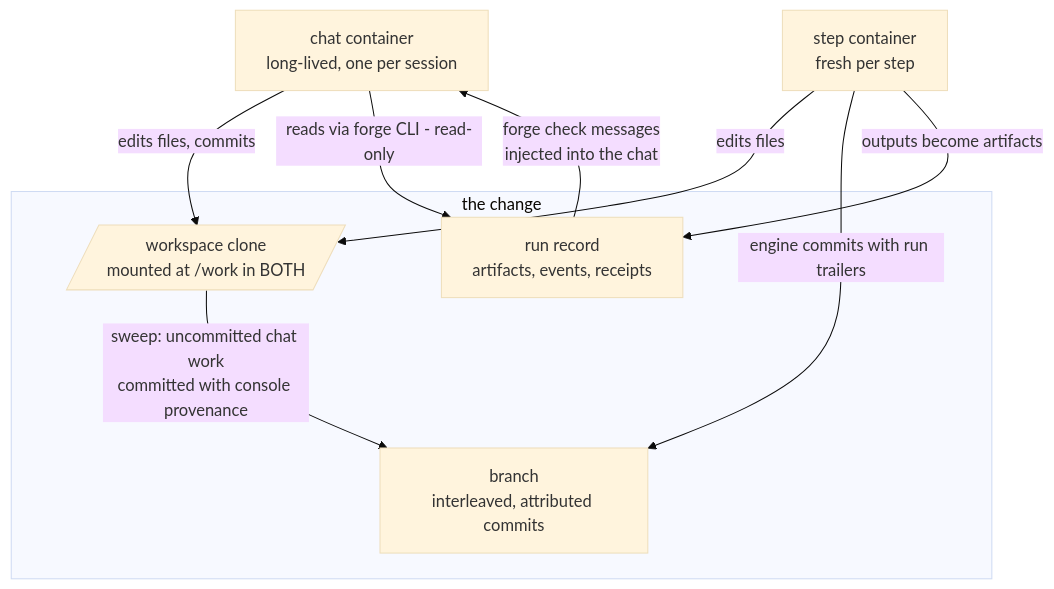
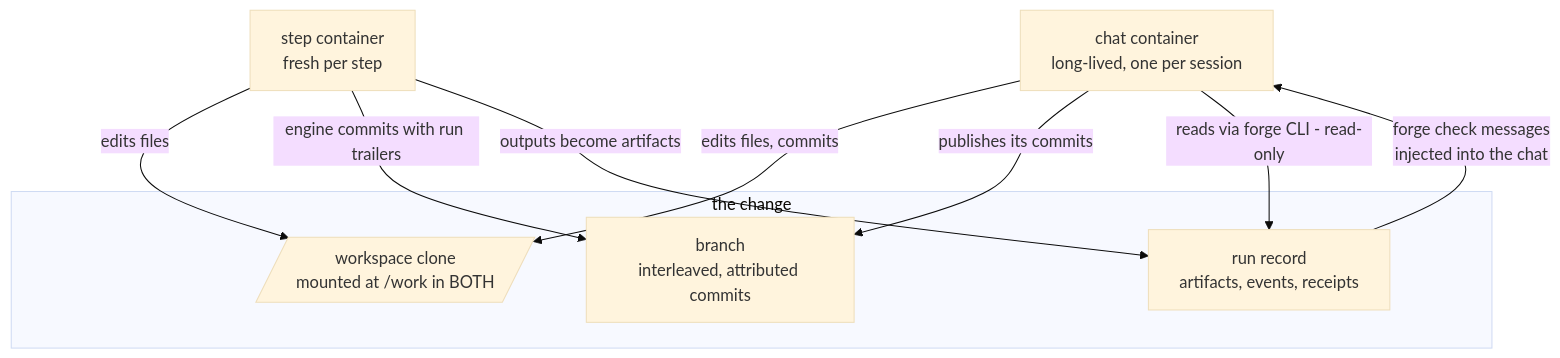
Before and after one commit to flokkit/apptown: the fifth of 14 diagrams in stock/docs/guides/architecture.md, drawn with Mermaid (base theme). The commit also changed other lines of this file and 49 other files, not shown here.

````diff
--- a/stock/docs/guides/architecture.md
+++ b/stock/docs/guides/architecture.md
@@ -247,17 +246,17 @@
 ```mermaid
 flowchart TD
     CC[chat container<br/>long-lived, one per session]
     SC[step container<br/>fresh per step]
     subgraph change["the change"]
         WS[/workspace clone<br/>mounted at /work in BOTH/]
         BR[branch<br/>interleaved, attributed commits]
         REC[run record<br/>artifacts, events, receipts]
     end
     CC -->|edits files, commits| WS
     SC -->|edits files| WS
-    WS -->|sweep: uncommitted chat work<br/>committed with console provenance| BR
+    CC -->|publishes its commits| BR
     SC -->|engine commits with run trailers| BR
     SC -->|outputs become artifacts| REC
     CC -->|reads via forge CLI - read-only| REC
     REC -->|forge check messages<br/>injected into the chat| CC
 ```
````
